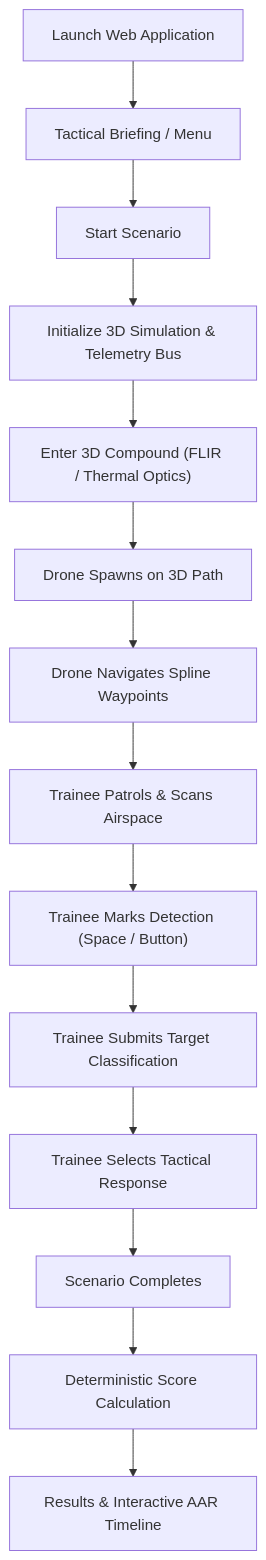
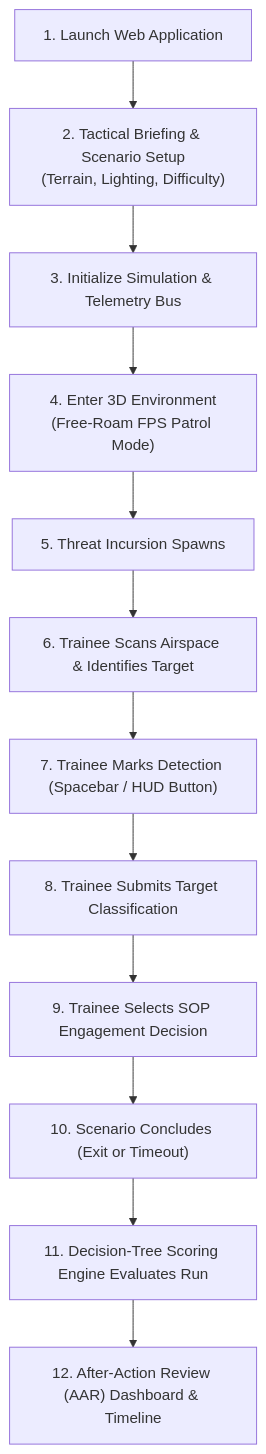
One commit to Subho4531/Project-Interceptor changed the second of 2 diagrams in docs/PRD.md. Above: the diagram before and after it, drawn with Mermaid. The commit also changed other lines of this file and 2 other files, not shown here.

Commit message:
docs: align PRD, Architecture, and Roadmap 100% with SIH26247 requirements and Three.js stack

````diff
--- a/docs/PRD.md
+++ b/docs/PRD.md
@@ -55,16 +68,14 @@
 ```mermaid
 flowchart TD
-    Launch["Launch Web Application"] --> Menu["Tactical Briefing / Menu"]
-    Menu --> Start["Start Scenario"]
-    Start --> Load["Initialize 3D Simulation & Telemetry Bus"]
-    Load --> World["Enter 3D Compound (FLIR / Thermal Optics)"]
-    World --> Spawn["Drone Spawns on 3D Path"]
-    Spawn --> Flight["Drone Navigates Spline Waypoints"]
-    Flight --> Observe["Trainee Patrols & Scans Airspace"]
-    Observe --> Detect["Trainee Marks Detection (Space / Button)"]
-    Detect --> Classify["Trainee Submits Target Classification"]
-    Classify --> Respond["Trainee Selects Tactical Response"]
-    Respond --> EndScenario["Scenario Completes"]
-    EndScenario --> CalcScore["Deterministic Score Calculation"]
-    CalcScore --> ResultsScreen["Results & Interactive AAR Timeline"]
+    Launch["1. Launch Web Application"] --> Briefing["2. Tactical Briefing & Scenario Setup<br/>(Terrain, Lighting, Difficulty)"]
+    Briefing --> LoadSim["3. Initialize Simulation & Telemetry Bus"]
+    LoadSim --> Enter3D["4. Enter 3D Environment<br/>(Free-Roam FPS Patrol Mode)"]
+    Enter3D --> SpawnDrone["5. Threat Incursion Spawns"]
+    SpawnDrone --> Observe["6. Trainee Scans Airspace & Identifies Target"]
+    Observe --> Detect["7. Trainee Marks Detection (Spacebar / HUD Button)"]
+    Detect --> Classify["8. Trainee Submits Target Classification"]
+    Classify --> Engage["9. Trainee Selects SOP Engagement Decision"]
+    Engage --> EndSim["10. Scenario Concludes (Exit or Timeout)"]
+    EndSim --> CalcScore["11. Decision-Tree Scoring Engine Evaluates Run"]
+    CalcScore --> AAR["12. After-Action Review (AAR) Dashboard & Timeline"]
 ```
````
